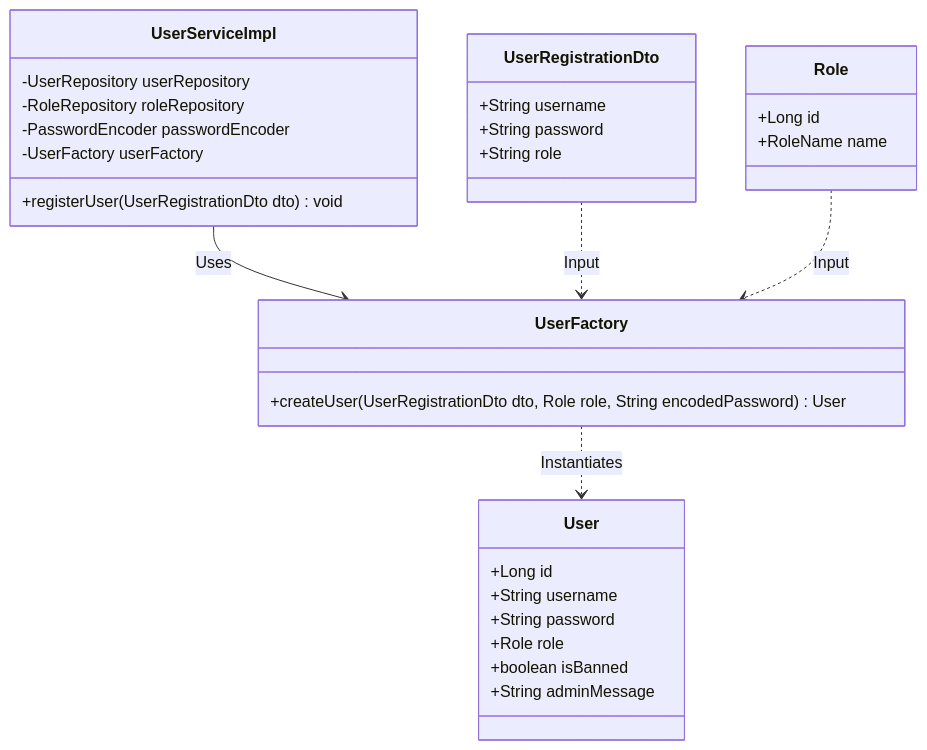
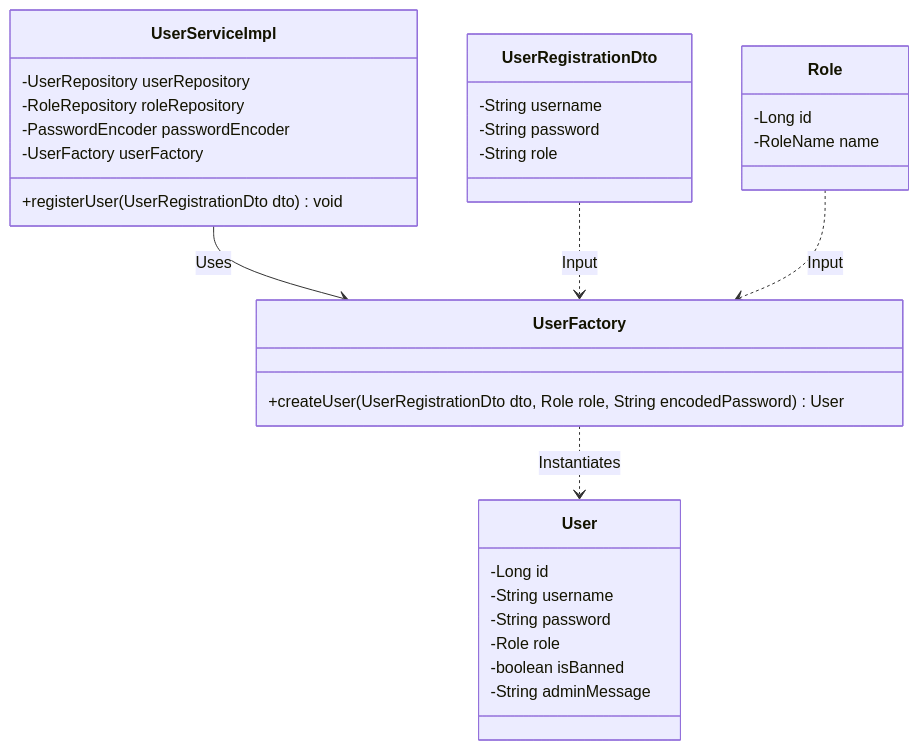
One commit to MMI122/MiniMarketPlace changed the first of 4 diagrams in README.md. Above: the diagram before and after it, drawn with Mermaid. The commit also changed other lines of this file, not shown here.

````diff
--- a/README.md
+++ b/README.md
@@ -40,39 +40,39 @@
 ```mermaid
 classDiagram
     class UserRegistrationDto {
-        +String username
-        +String password
-        +String role
+        -String username
+        -String password
+        -String role
     }
     
     class Role {
-        +Long id
-        +RoleName name
+        -Long id
+        -RoleName name
     }
 
     class User {
-        +Long id
-        +String username
-        +String password
-        +Role role
-        +boolean isBanned
-        +String adminMessage
+        -Long id
+        -String username
+        -String password
+        -Role role
+        -boolean isBanned
+        -String adminMessage
     }
 
     class UserFactory {
         +createUser(UserRegistrationDto dto, Role role, String encodedPassword) User
     }
 
     class UserServiceImpl {
         -UserRepository userRepository
         -RoleRepository roleRepository
         -PasswordEncoder passwordEncoder
         -UserFactory userFactory
         +registerUser(UserRegistrationDto dto) void
     }
 
     UserServiceImpl --> UserFactory : Uses
     UserFactory ..> User : Instantiates
     UserRegistrationDto ..> UserFactory : Input
     Role ..> UserFactory : Input
 ```
````
